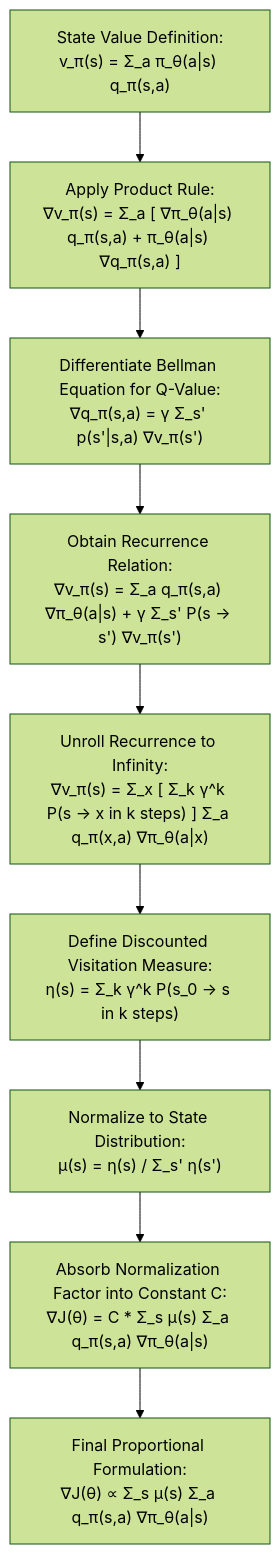
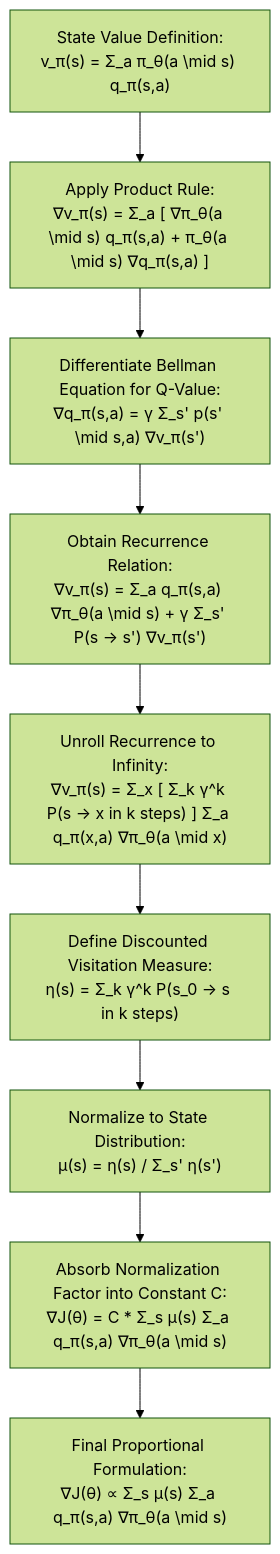
One commit to samratkar/drl changed the second of 2 diagrams in barto-sutton-graesser-keng/lecture9-policy-gradient/lecture9-policy-gradient.md. Above: the diagram before and after it, drawn with Mermaid (forest theme). The commit also changed other lines of this file, not shown here.

````diff
--- a/barto-sutton-graesser-keng/lecture9-policy-gradient/lecture9-policy-gradient.md
+++ b/barto-sutton-graesser-keng/lecture9-policy-gradient/lecture9-policy-gradient.md
@@ -611,11 +611,11 @@
 ```mermaid
 graph TD
-    A["State Value Definition:<br/>v_π(s) = Σ_a π_θ(a|s) q_π(s,a)"] --> B["Apply Product Rule:<br/>∇v_π(s) = Σ_a [ ∇π_θ(a|s) q_π(s,a) + π_θ(a|s) ∇q_π(s,a) ]"]
-    B --> C["Differentiate Bellman Equation for Q-Value:<br/>∇q_π(s,a) = γ Σ_s' p(s'|s,a) ∇v_π(s')"]
-    C --> D["Obtain Recurrence Relation:<br/>∇v_π(s) = Σ_a q_π(s,a) ∇π_θ(a|s) + γ Σ_s' P(s → s') ∇v_π(s')"]
-    D --> E["Unroll Recurrence to Infinity:<br/>∇v_π(s) = Σ_x [ Σ_k γ^k P(s → x in k steps) ] Σ_a q_π(x,a) ∇π_θ(a|x)"]
+    A["State Value Definition:<br/>v_π(s) = Σ_a π_θ(a \mid s) q_π(s,a)"] --> B["Apply Product Rule:<br/>∇v_π(s) = Σ_a [ ∇π_θ(a \mid s) q_π(s,a) + π_θ(a \mid s) ∇q_π(s,a) ]"]
+    B --> C["Differentiate Bellman Equation for Q-Value:<br/>∇q_π(s,a) = γ Σ_s' p(s' \mid s,a) ∇v_π(s')"]
+    C --> D["Obtain Recurrence Relation:<br/>∇v_π(s) = Σ_a q_π(s,a) ∇π_θ(a \mid s) + γ Σ_s' P(s → s') ∇v_π(s')"]
+    D --> E["Unroll Recurrence to Infinity:<br/>∇v_π(s) = Σ_x [ Σ_k γ^k P(s → x in k steps) ] Σ_a q_π(x,a) ∇π_θ(a \mid x)"]
     E --> F["Define Discounted Visitation Measure:<br/>η(s) = Σ_k γ^k P(s_0 → s in k steps)"]
     F --> G["Normalize to State Distribution:<br/>μ(s) = η(s) / Σ_s' η(s')"]
-    G --> H["Absorb Normalization Factor into Constant C:<br/>∇J(θ) = C * Σ_s μ(s) Σ_a q_π(s,a) ∇π_θ(a|s)"]
-    H --> I["Final Proportional Formulation:<br/>∇J(θ) ∝ Σ_s μ(s) Σ_a q_π(s,a) ∇π_θ(a|s)"]
+    G --> H["Absorb Normalization Factor into Constant C:<br/>∇J(θ) = C * Σ_s μ(s) Σ_a q_π(s,a) ∇π_θ(a \mid s)"]
+    H --> I["Final Proportional Formulation:<br/>∇J(θ) ∝ Σ_s μ(s) Σ_a q_π(s,a) ∇π_θ(a \mid s)"]
 ```
````
